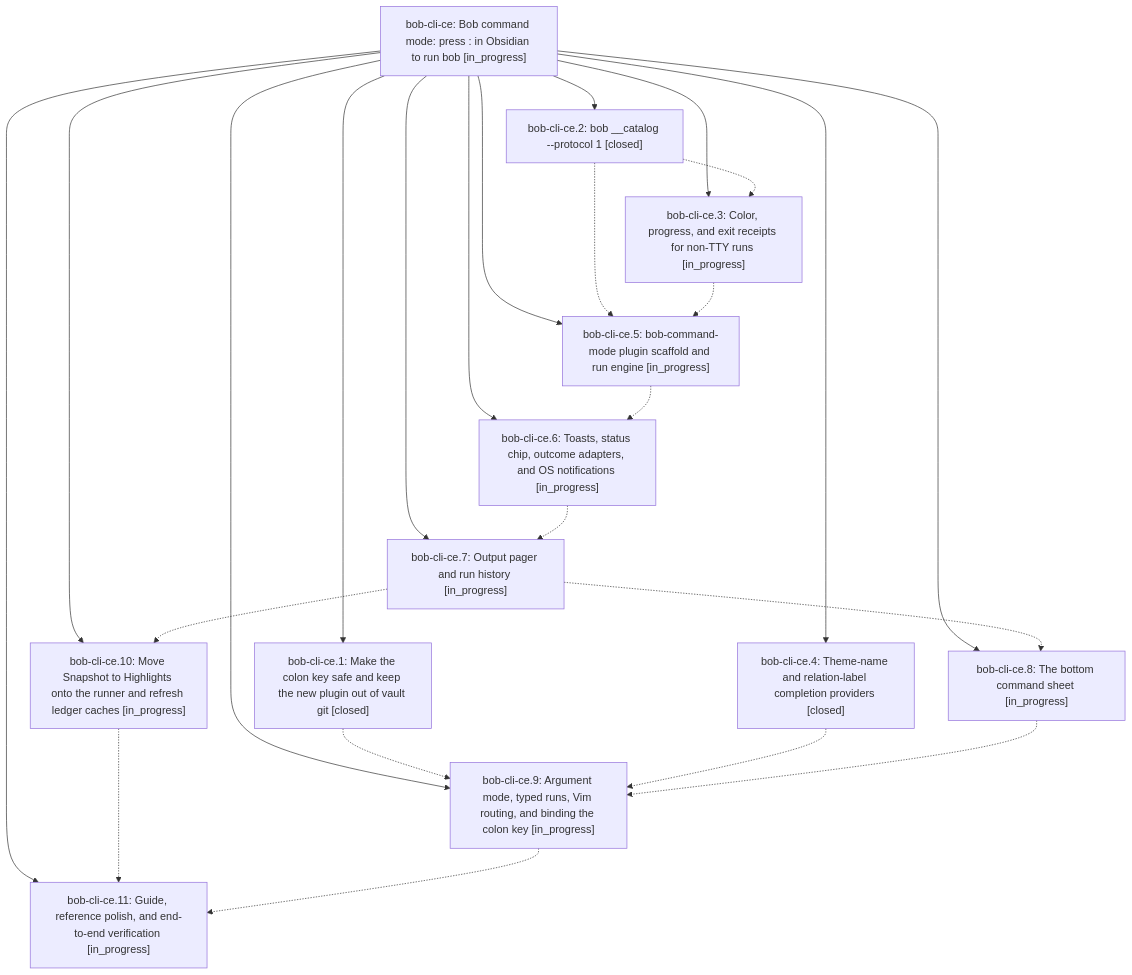
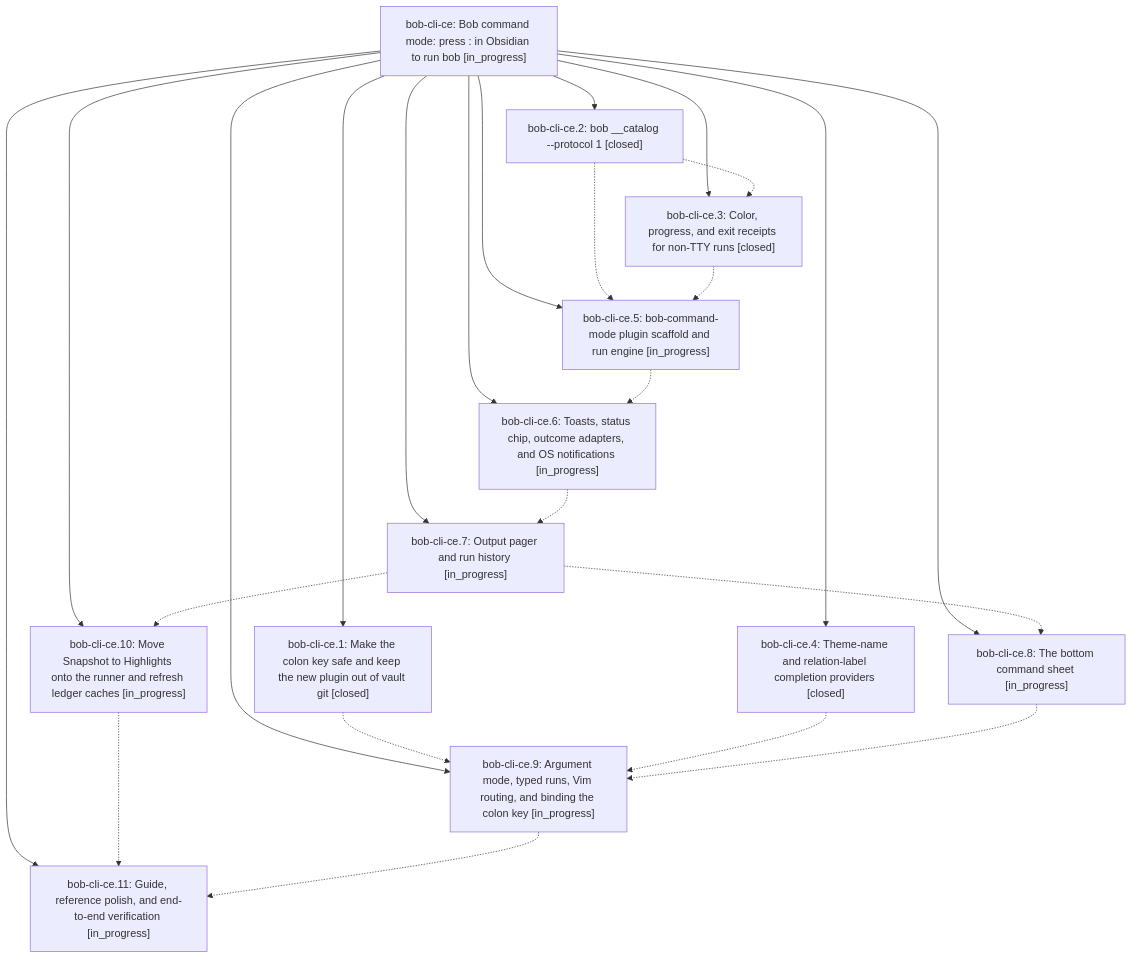
The diagram in pages/bob-cli-ce/README.md (bobs-org/bob-cli--beads), drawn with Mermaid before and after one commit. The commit also changed other lines of this file and 3 other files, not shown here.

First line of the commit message:
chore(beads): sync bead state and pages for bob-cli-ce

````diff
--- a/pages/bob-cli-ce/README.md
+++ b/pages/bob-cli-ce/README.md
@@ -44,38 +44,38 @@
 ```mermaid
 flowchart TD
     n0["bob-cli-ce: Bob command mode: press : in Obsidian to run bob [in_progress]"]
     n1["bob-cli-ce.1: Make the colon key safe and keep the new plugin out of vault git [closed]"]
     n2["bob-cli-ce.10: Move Snapshot to Highlights onto the runner and refresh ledger caches [in_progress]"]
     n3["bob-cli-ce.11: Guide, reference polish, and end-to-end verification [in_progress]"]
     n4["bob-cli-ce.2: bob __catalog --protocol 1 [closed]"]
-    n5["bob-cli-ce.3: Color, progress, and exit receipts for non-TTY runs [in_progress]"]
+    n5["bob-cli-ce.3: Color, progress, and exit receipts for non-TTY runs [closed]"]
     n6["bob-cli-ce.4: Theme-name and relation-label completion providers [closed]"]
     n7["bob-cli-ce.5: bob-command-mode plugin scaffold and run engine [in_progress]"]
     n8["bob-cli-ce.6: Toasts, status chip, outcome adapters, and OS notifications [in_progress]"]
     n9["bob-cli-ce.7: Output pager and run history [in_progress]"]
     n10["bob-cli-ce.8: The bottom command sheet [in_progress]"]
     n11["bob-cli-ce.9: Argument mode, typed runs, Vim routing, and binding the colon key [in_progress]"]
     n0 --> n1
     n0 --> n2
     n0 --> n3
     n0 --> n4
     n0 --> n5
     n0 --> n6
     n0 --> n7
     n0 --> n8
     n0 --> n9
     n0 --> n10
     n0 --> n11
     n1 -.-> n11
     n2 -.-> n3
     n4 -.-> n5
     n4 -.-> n7
     n5 -.-> n7
     n6 -.-> n11
     n7 -.-> n8
     n8 -.-> n9
     n9 -.-> n2
     n9 -.-> n10
     n10 -.-> n11
     n11 -.-> n3
 ```
````
